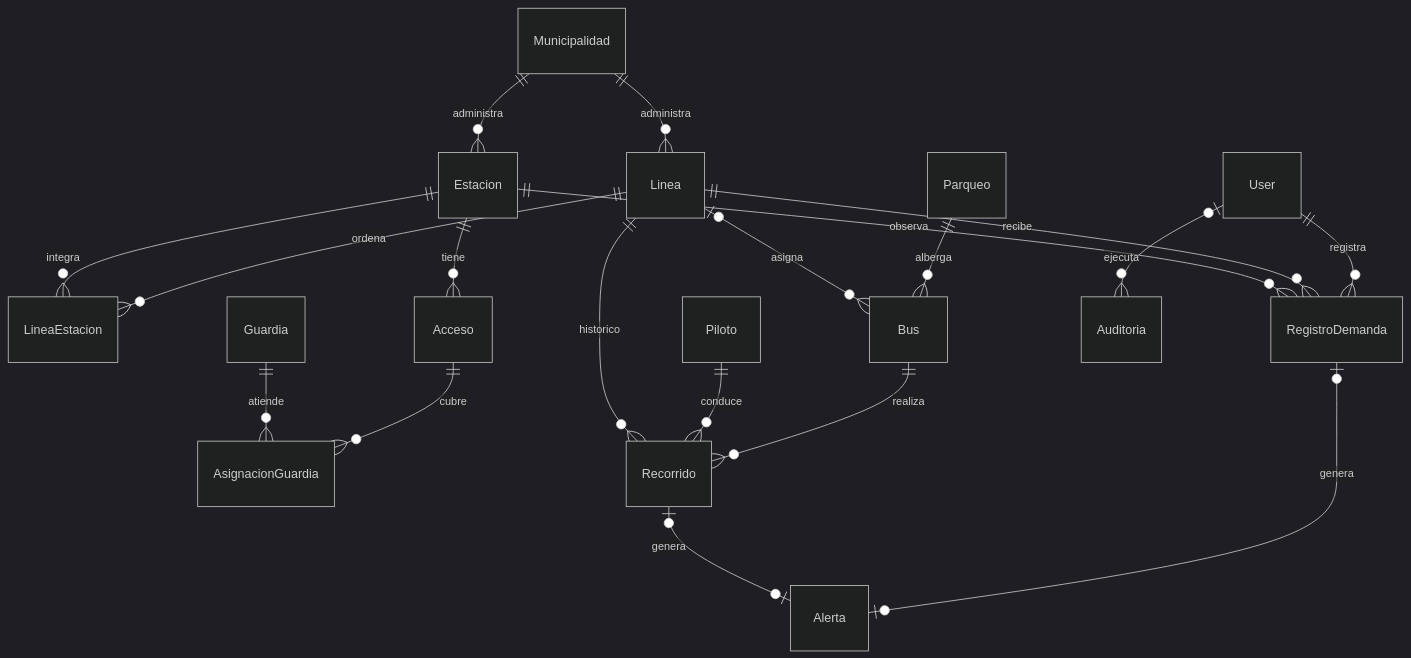
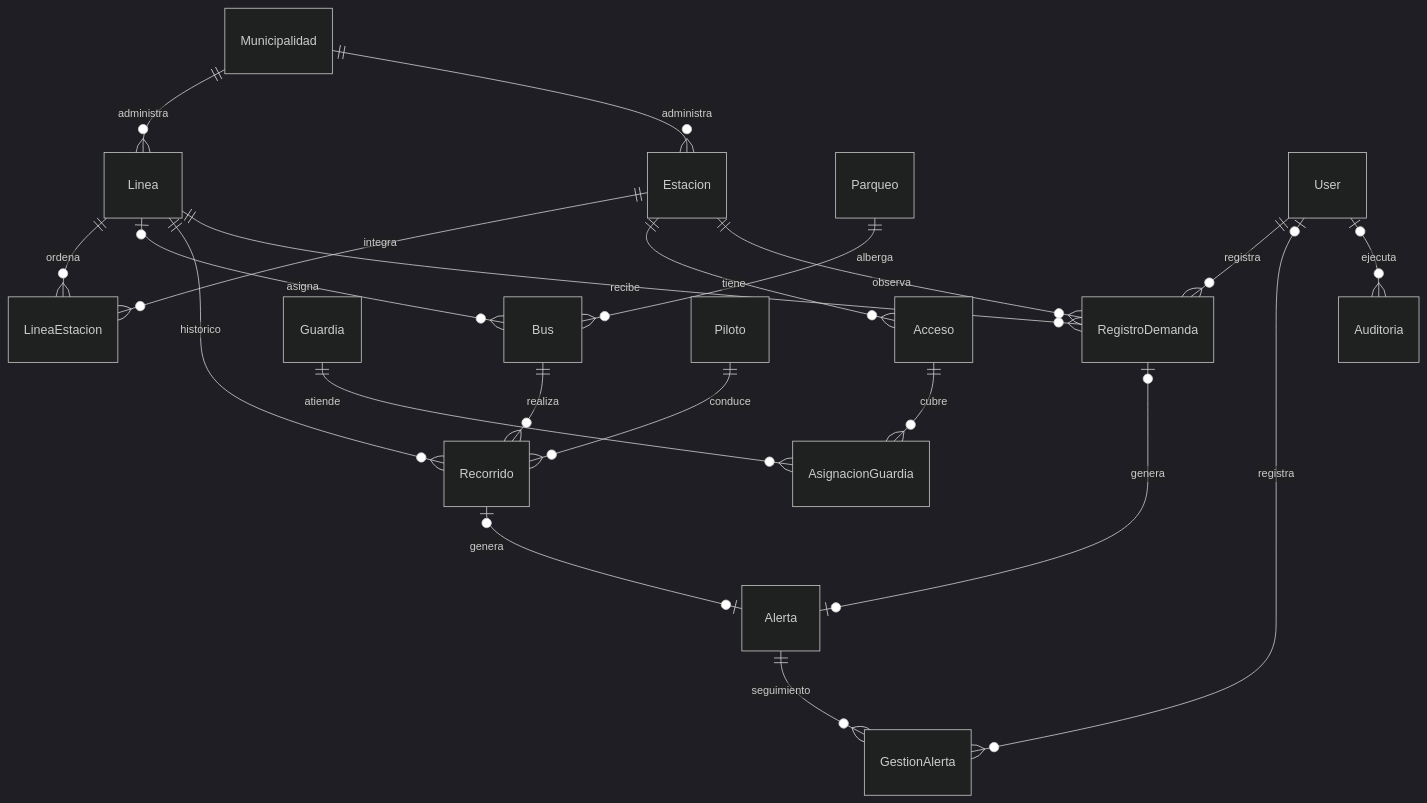
One commit to Julio8ap/Proyecto-Final-NexoQA changed the diagram in docs/02_modelo_datos.md. Above: the diagram before and after it, drawn with Mermaid (dark theme). The commit also changed other lines of this file and 25 other files, not shown here.

````diff
--- a/docs/02_modelo_datos.md
+++ b/docs/02_modelo_datos.md
@@ -28,21 +31,23 @@
 ```mermaid
 erDiagram
   Municipalidad ||--o{ Linea : administra
   Municipalidad ||--o{ Estacion : administra
   Linea ||--o{ LineaEstacion : ordena
   Estacion ||--o{ LineaEstacion : integra
   Estacion ||--o{ Acceso : tiene
   Acceso ||--o{ AsignacionGuardia : cubre
   Guardia ||--o{ AsignacionGuardia : atiende
   Parqueo ||--o{ Bus : alberga
   Linea o|--o{ Bus : asigna
   Bus ||--o{ Recorrido : realiza
   Piloto ||--o{ Recorrido : conduce
   Linea ||--o{ Recorrido : historico
   User ||--o{ RegistroDemanda : registra
   Linea ||--o{ RegistroDemanda : recibe
   Estacion ||--o{ RegistroDemanda : observa
   RegistroDemanda o|--o| Alerta : genera
   Recorrido o|--o| Alerta : genera
+  Alerta ||--o{ GestionAlerta : seguimiento
+  User o|--o{ GestionAlerta : registra
   User o|--o{ Auditoria : ejecuta
 ```
````
